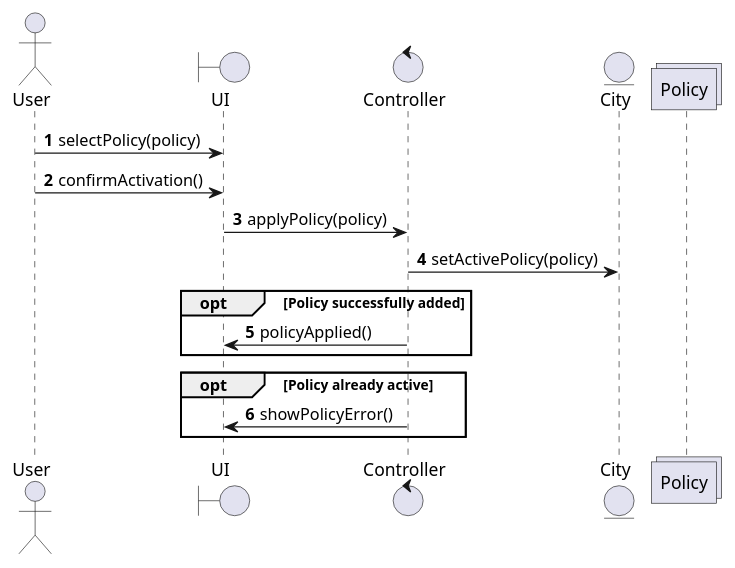
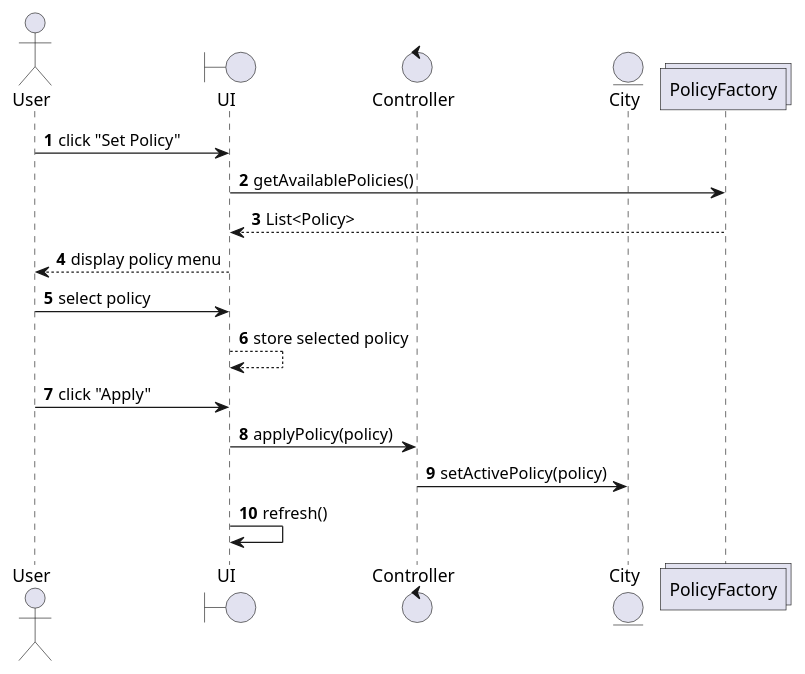
One commit to Anna-code17/ssa_project changed the third of 5 diagrams in documents/diagrams_md/system_sequence_diagrams.md. Above: the diagram before and after it, drawn with PlantUML.

````diff
--- a/documents/diagrams_md/system_sequence_diagrams.md
+++ b/documents/diagrams_md/system_sequence_diagrams.md
@@ -146,29 +146,30 @@
 ```plantuml
-
 @startuml
 autonumber
 
 actor User
 
 boundary UI
 control Controller
 entity City
-collections Policy
+collections PolicyFactory
 
-User -> UI : selectPolicy(policy)
-User -> UI : confirmActivation()
+User -> UI : click "Set Policy"
+
+UI -> PolicyFactory : getAvailablePolicies()
+PolicyFactory --> UI : List<Policy>
+
+UI --> User : display policy menu
+
+User -> UI : select policy
+UI --> UI : store selected policy
+
+User -> UI : click "Apply"
 
 UI -> Controller : applyPolicy(policy)
-
 Controller -> City : setActivePolicy(policy)
 
-opt Policy successfully added
-    Controller -> UI : policyApplied()
-end
+UI -> UI : refresh()
 
-opt Policy already active
-    Controller -> UI : showPolicyError()
-end
 @enduml
-
 ```
````
